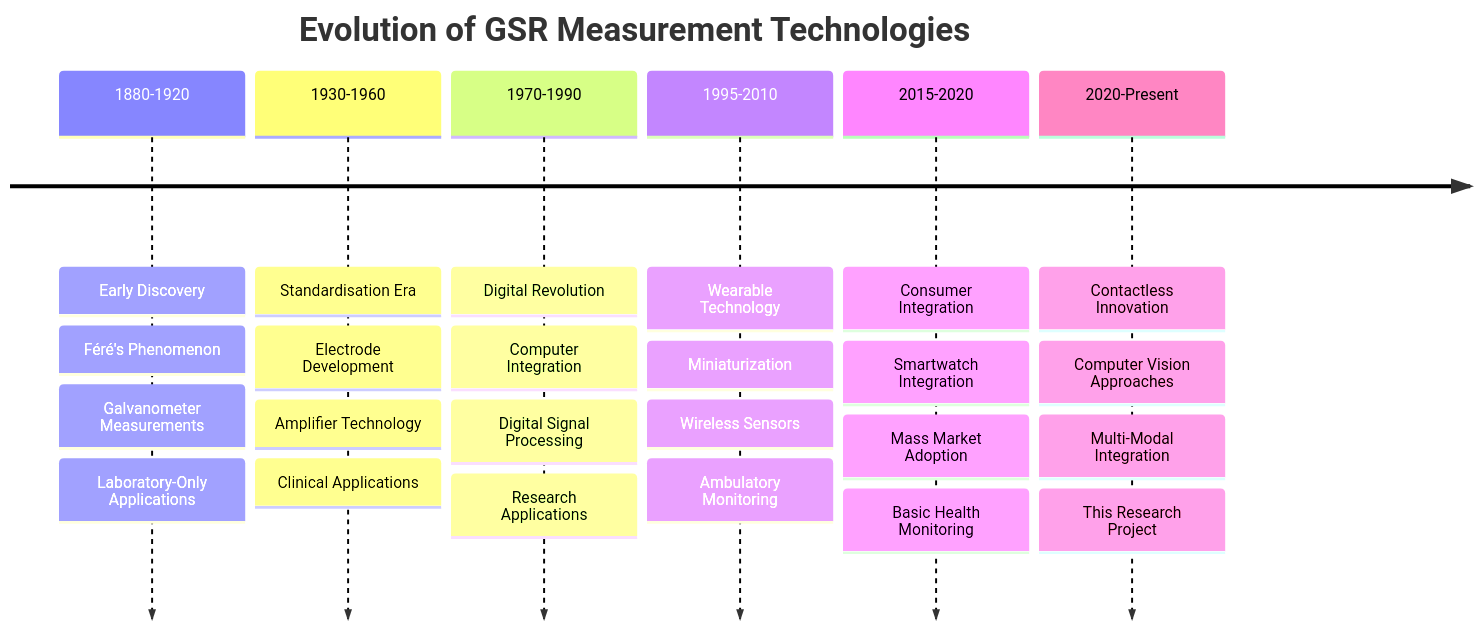
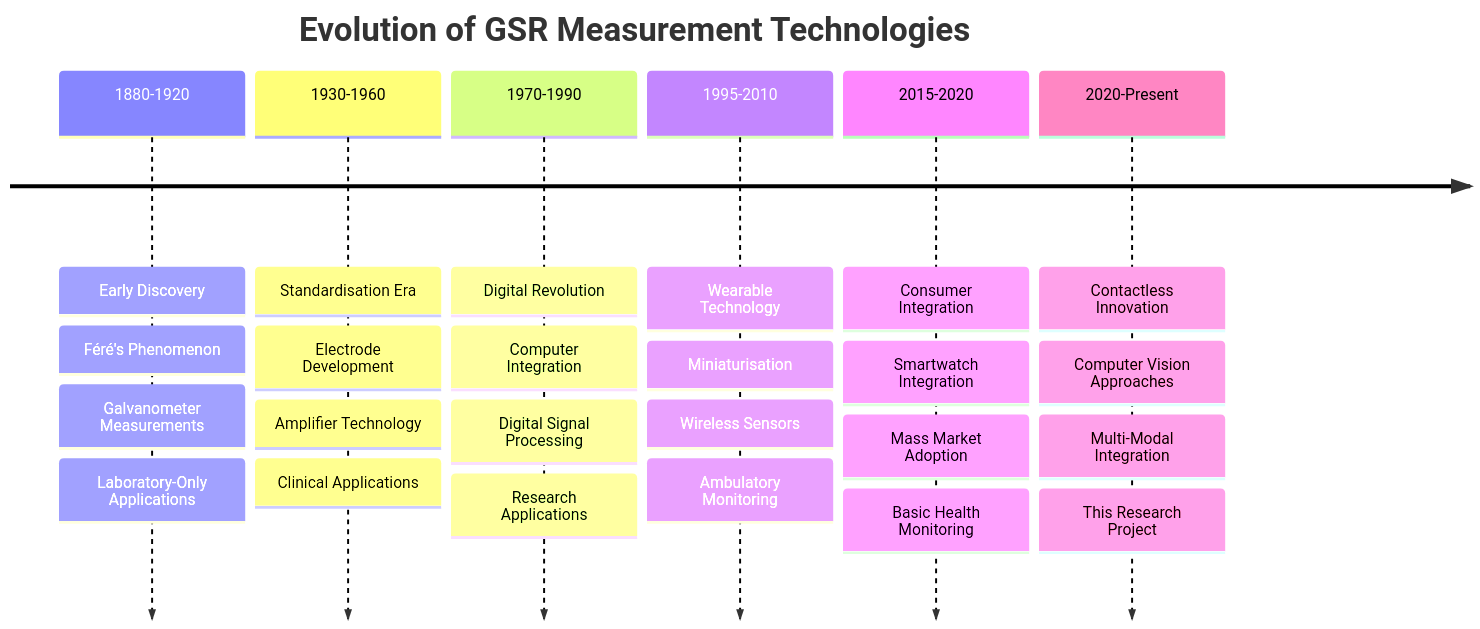
The first of 6 diagrams in docs/thesis_report/draft_0/chapter_3_requirements_and_analysis.md (buccancs/fyp-multi-sensor-recording-system), drawn with Mermaid before and after one commit. The commit also changed other lines of this file and 58 other files, not shown here.

````diff
--- a/docs/thesis_report/draft_0/chapter_3_requirements_and_analysis.md
+++ b/docs/thesis_report/draft_0/chapter_3_requirements_and_analysis.md
@@ -151,28 +151,28 @@
 ```mermaid
 timeline
     title Evolution of GSR Measurement Technologies
     1880-1920: Early Discovery
             : Féré's Phenomenon
             : Galvanometer Measurements
             : Laboratory-Only Applications
     1930-1960: Standardisation Era
             : Electrode Development
             : Amplifier Technology
             : Clinical Applications
     1970-1990: Digital Revolution
             : Computer Integration
             : Digital Signal Processing
             : Research Applications
     1995-2010: Wearable Technology
-            : Miniaturization
+            : Miniaturisation
             : Wireless Sensors
             : Ambulatory Monitoring
     2015-2020: Consumer Integration
             : Smartwatch Integration
             : Mass Market Adoption
             : Basic Health Monitoring
     2020-Present: Contactless Innovation
             : Computer Vision Approaches
             : Multi-Modal Integration
             : This Research Project
 ```
````
